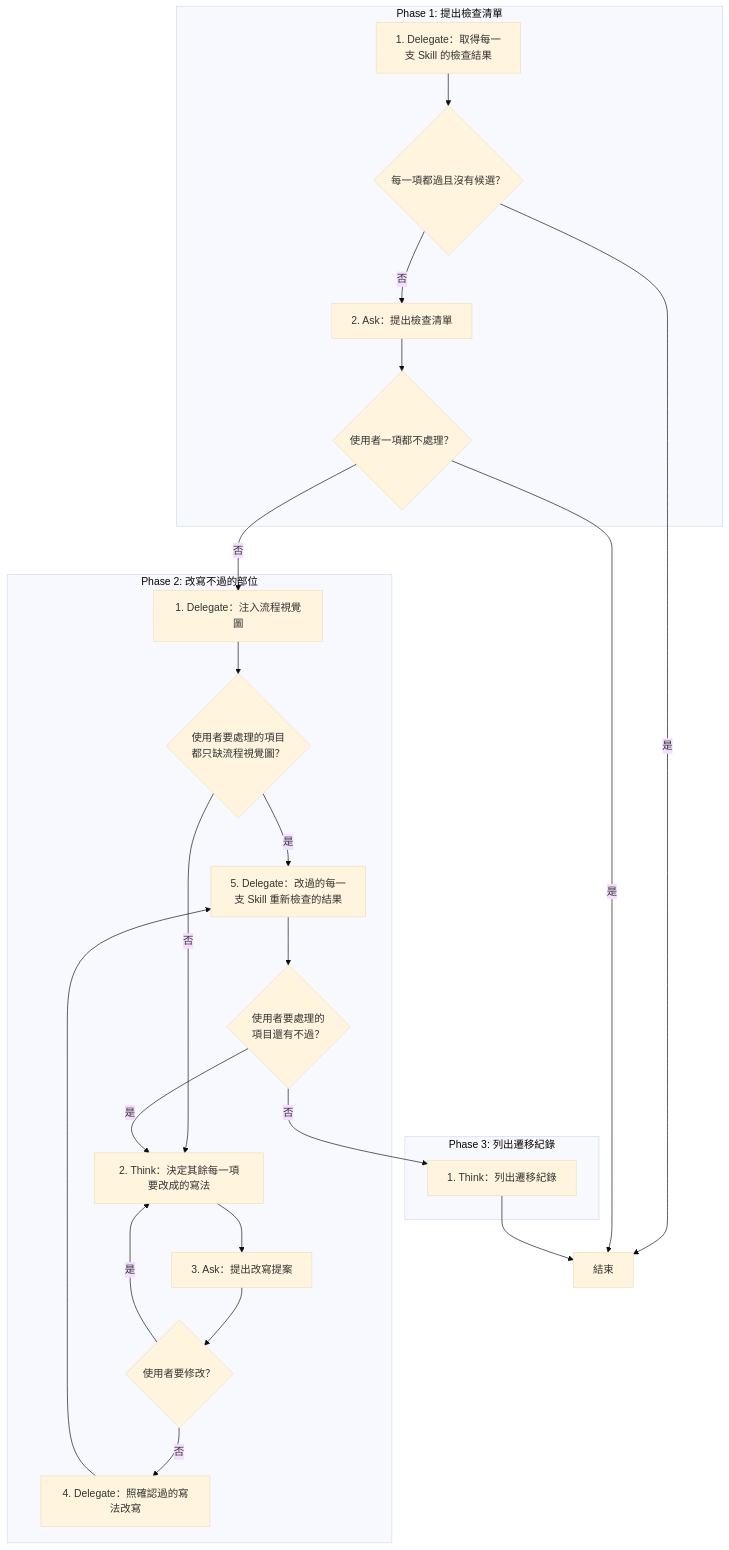
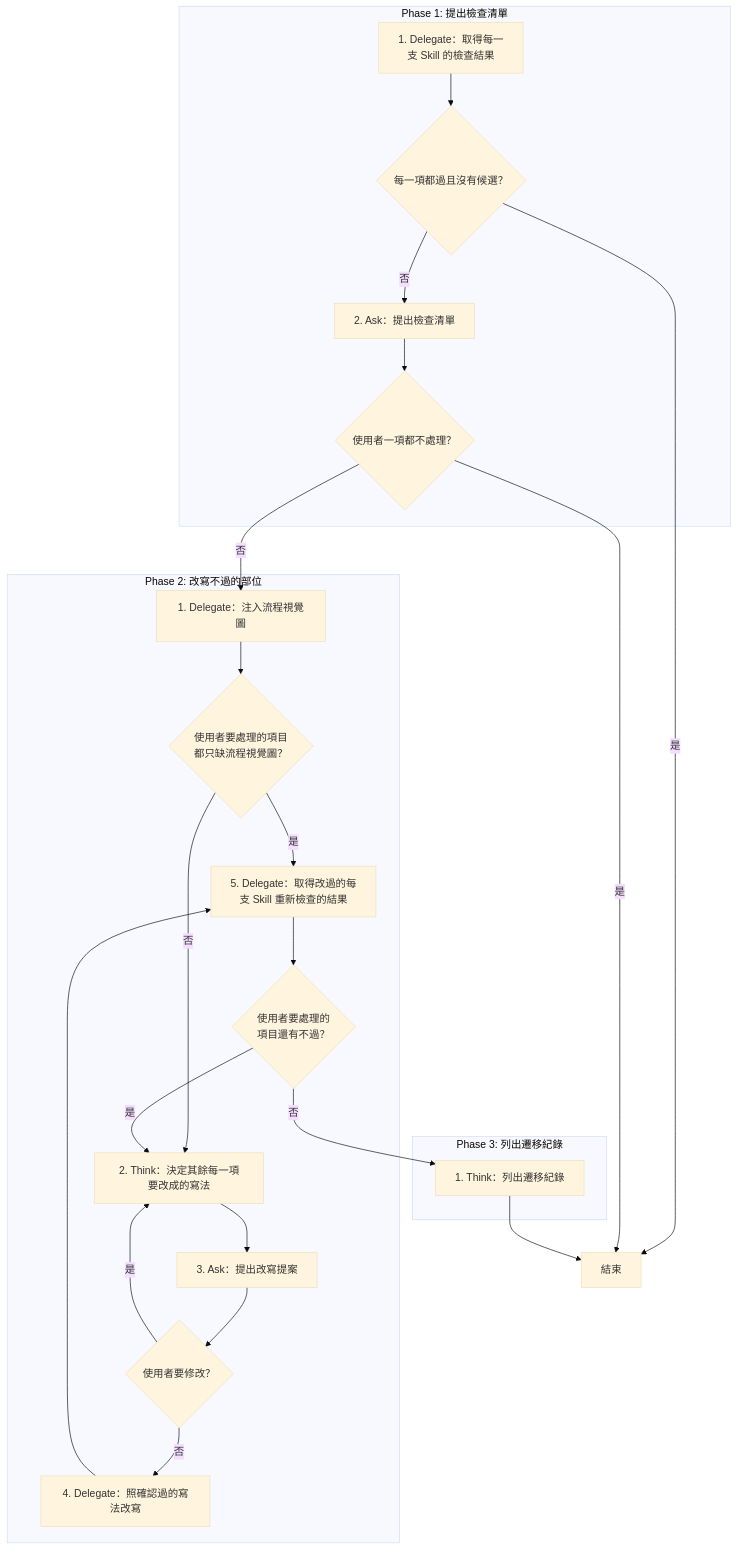
One commit to AI-x-BDD/BDGG-Dev-Skills changed the first of 2 diagrams in .claude/skills/skill-conform/SKILL.md. Above: the diagram before and after it, drawn with Mermaid (base theme). The commit also changed other lines of this file and 33 other files, not shown here.

````diff
--- a/.claude/skills/skill-conform/SKILL.md
+++ b/.claude/skills/skill-conform/SKILL.md
@@ -25,41 +25,41 @@
 ```mermaid
 flowchart TD
     subgraph P1["Phase 1: 提出檢查清單"]
         P1S1["1. Delegate：取得每一<br/>支 Skill 的檢查結果"]
         G_P1S1_1{"每一項都過且沒有候選？"}
         P1S2["2. Ask：提出檢查清單"]
         G_P1S2_1{"使用者一項都不處理？"}
     end
     subgraph P2["Phase 2: 改寫不過的部位"]
         P2S1["1. Delegate：注入流程視覺圖"]
         G_P2S1_1{"使用者要處理的項目<br/>都只缺流程視覺圖？"}
         P2S2["2. Think：決定其餘每一項要改成的寫法"]
         P2S3["3. Ask：提出改寫提案"]
         G_P2S3_1{"使用者要修改？"}
         P2S4["4. Delegate：照確認過的寫法改寫"]
-        P2S5["5. Delegate：改過的每一<br/>支 Skill 重新檢查的結果"]
+        P2S5["5. Delegate：取得改過的每<br/>支 Skill 重新檢查的結果"]
         G_P2S5_1{"使用者要處理的<br/>項目還有不過？"}
     end
     subgraph P3["Phase 3: 列出遷移紀錄"]
         P3S1["1. Think：列出遷移紀錄"]
     end
     End["結束"]
     P1S1 --> G_P1S1_1
     G_P1S1_1 -->|是| End
     G_P1S1_1 -->|否| P1S2
     P1S2 --> G_P1S2_1
     G_P1S2_1 -->|是| End
     G_P1S2_1 -->|否| P2S1
     P2S1 --> G_P2S1_1
     G_P2S1_1 -->|是| P2S5
     G_P2S1_1 -->|否| P2S2
     P2S2 --> P2S3
     P2S3 --> G_P2S3_1
     G_P2S3_1 -->|是| P2S2
     G_P2S3_1 -->|否| P2S4
     P2S4 --> P2S5
     P2S5 --> G_P2S5_1
     G_P2S5_1 -->|是| P2S2
     G_P2S5_1 -->|否| P3S1
     P3S1 --> End
 ```
````
